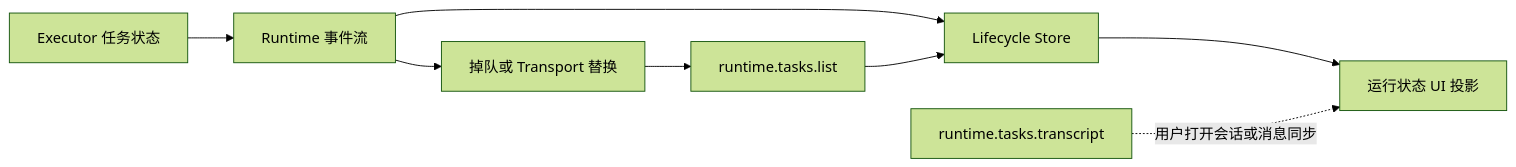
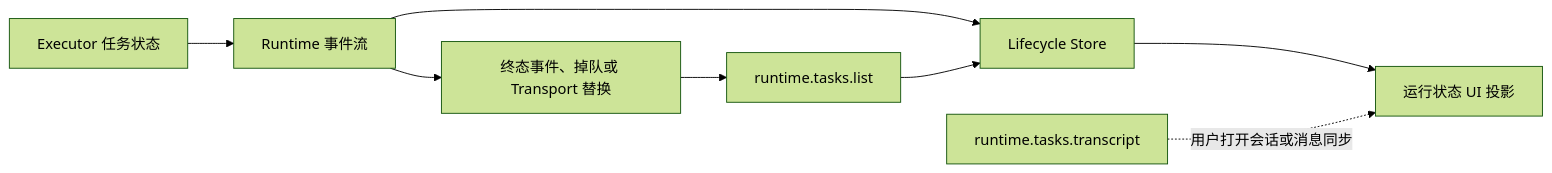
Before and after one commit to wecode-ai/Wegent: the first of 2 diagrams in docs/zh/architecture/runtime-task-lifecycle-reconciliation.md, drawn with Mermaid (forest theme). The commit also changed other lines of this file and 5 other files, not shown here.

````diff
--- a/docs/zh/architecture/runtime-task-lifecycle-reconciliation.md
+++ b/docs/zh/architecture/runtime-task-lifecycle-reconciliation.md
@@ -13,10 +13,10 @@
 ```mermaid
 flowchart LR
     EXEC[Executor 任务状态] --> STREAM[Runtime 事件流]
     STREAM --> STORE[Lifecycle Store]
     STORE --> UI[运行状态 UI 投影]
-    STREAM --> LAG[掉队或 Transport 替换]
-    LAG --> LIST[runtime.tasks.list]
+    STREAM --> SIGNAL[终态事件、掉队或 Transport 替换]
+    SIGNAL --> LIST[runtime.tasks.list]
     LIST --> STORE
     TRANSCRIPT[runtime.tasks.transcript] -. 用户打开会话或消息同步 .-> UI
 ```
````
